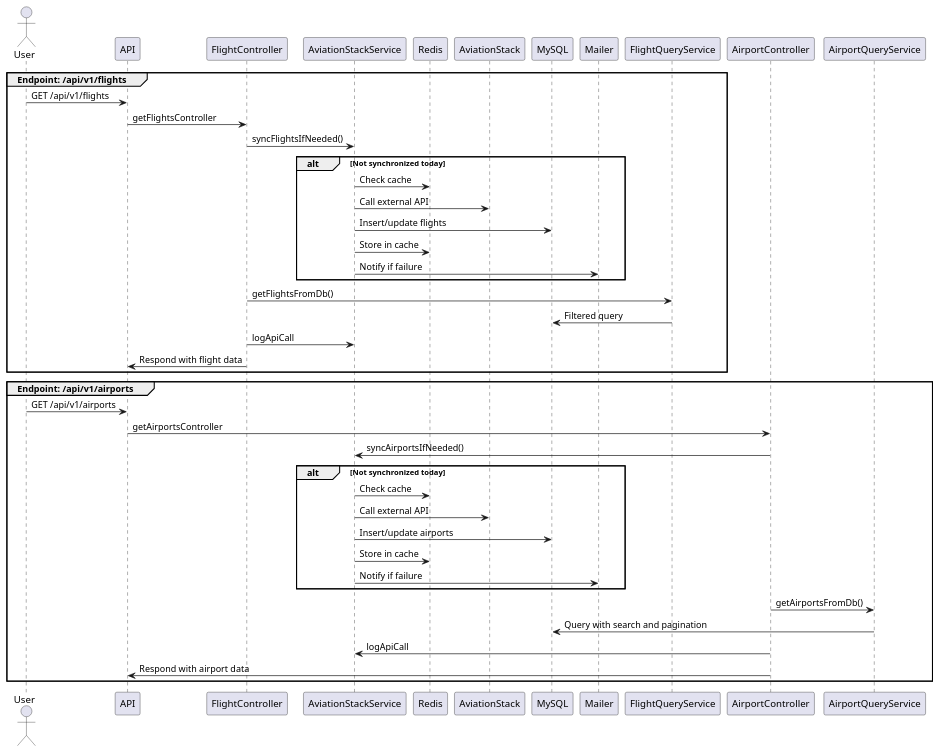
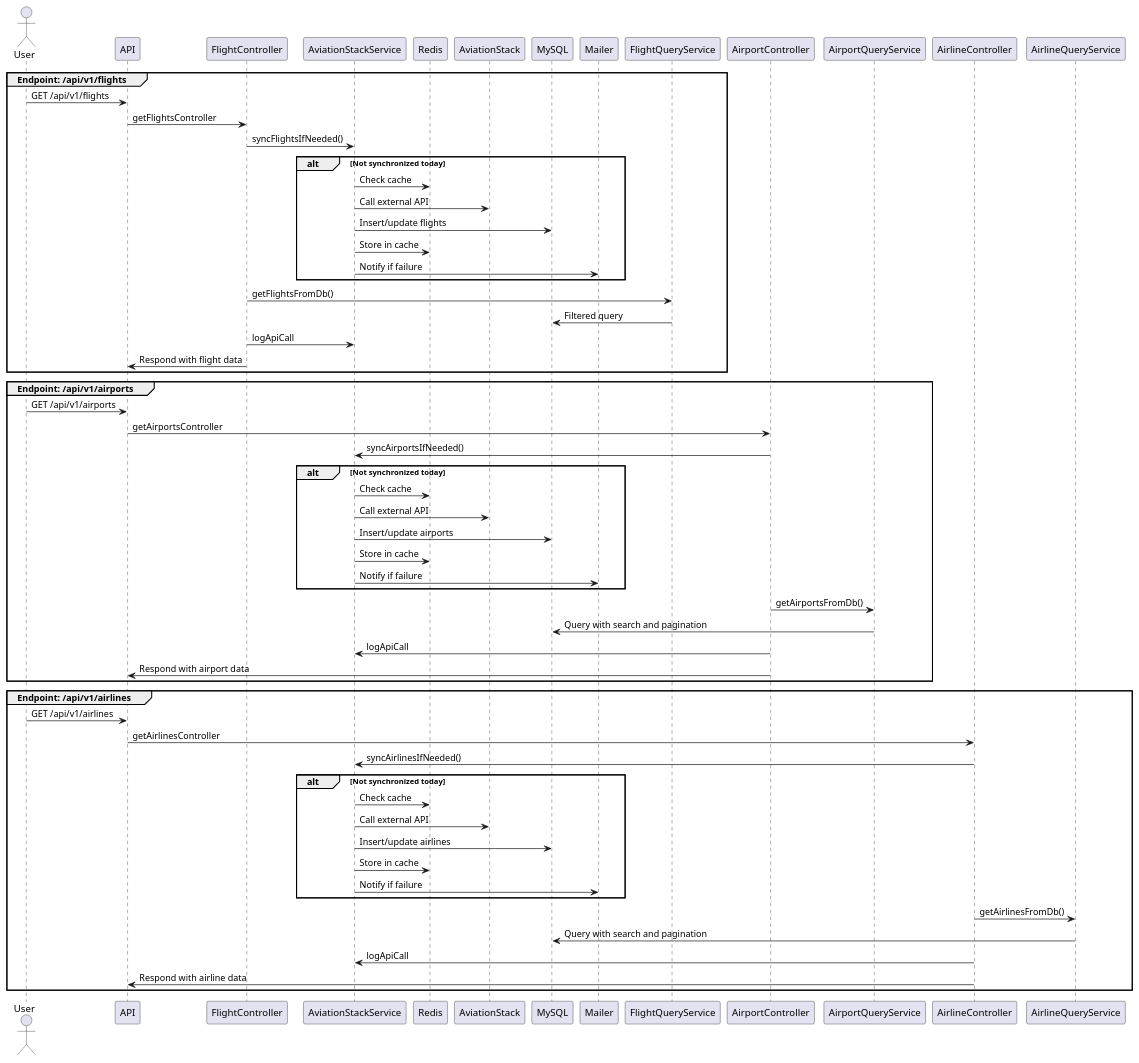
One commit to jdanielrodriguez/aviation-integration changed the diagram in data-flow.puml. Above: the diagram before and after it, drawn with PlantUML. The commit also changed 11 other files, not shown here.

First line of the commit message:
docs: add full Swagger documentation for /api/v1/airlines endpoint

```diff
--- a/data-flow.puml
+++ b/data-flow.puml
@@ -1,35 +1,51 @@
 @startuml AviationStackFullFlow
 actor User
 group Endpoint: /api/v1/flights
    User -> API : GET /api/v1/flights
    API -> FlightController : getFlightsController
    FlightController -> AviationStackService : syncFlightsIfNeeded()
    alt Not synchronized today
       AviationStackService -> Redis : Check cache
       AviationStackService -> AviationStack : Call external API
       AviationStackService -> MySQL : Insert/update flights
       AviationStackService -> Redis : Store in cache
       AviationStackService -> Mailer : Notify if failure
    end
    FlightController -> FlightQueryService : getFlightsFromDb()
    FlightQueryService -> MySQL : Filtered query
    FlightController -> AviationStackService : logApiCall
    FlightController -> API : Respond with flight data
 end group
 group Endpoint: /api/v1/airports
    User -> API : GET /api/v1/airports
    API -> AirportController : getAirportsController
    AirportController -> AviationStackService : syncAirportsIfNeeded()
    alt Not synchronized today
       AviationStackService -> Redis : Check cache
       AviationStackService -> AviationStack : Call external API
       AviationStackService -> MySQL : Insert/update airports
       AviationStackService -> Redis : Store in cache
       AviationStackService -> Mailer : Notify if failure
    end
    AirportController -> AirportQueryService : getAirportsFromDb()
    AirportQueryService -> MySQL : Query with search and pagination
    AirportController -> AviationStackService : logApiCall
    AirportController -> API : Respond with airport data
 end group
+group Endpoint: /api/v1/airlines
+   User -> API : GET /api/v1/airlines
+   API -> AirlineController : getAirlinesController
+   AirlineController -> AviationStackService : syncAirlinesIfNeeded()
+   alt Not synchronized today
+      AviationStackService -> Redis : Check cache
+      AviationStackService -> AviationStack : Call external API
+      AviationStackService -> MySQL : Insert/update airlines
+      AviationStackService -> Redis : Store in cache
+      AviationStackService -> Mailer : Notify if failure
+   end
+   AirlineController -> AirlineQueryService : getAirlinesFromDb()
+   AirlineQueryService -> MySQL : Query with search and pagination
+   AirlineController -> AviationStackService : logApiCall
+   AirlineController -> API : Respond with airline data
+end group
 @enduml
```
